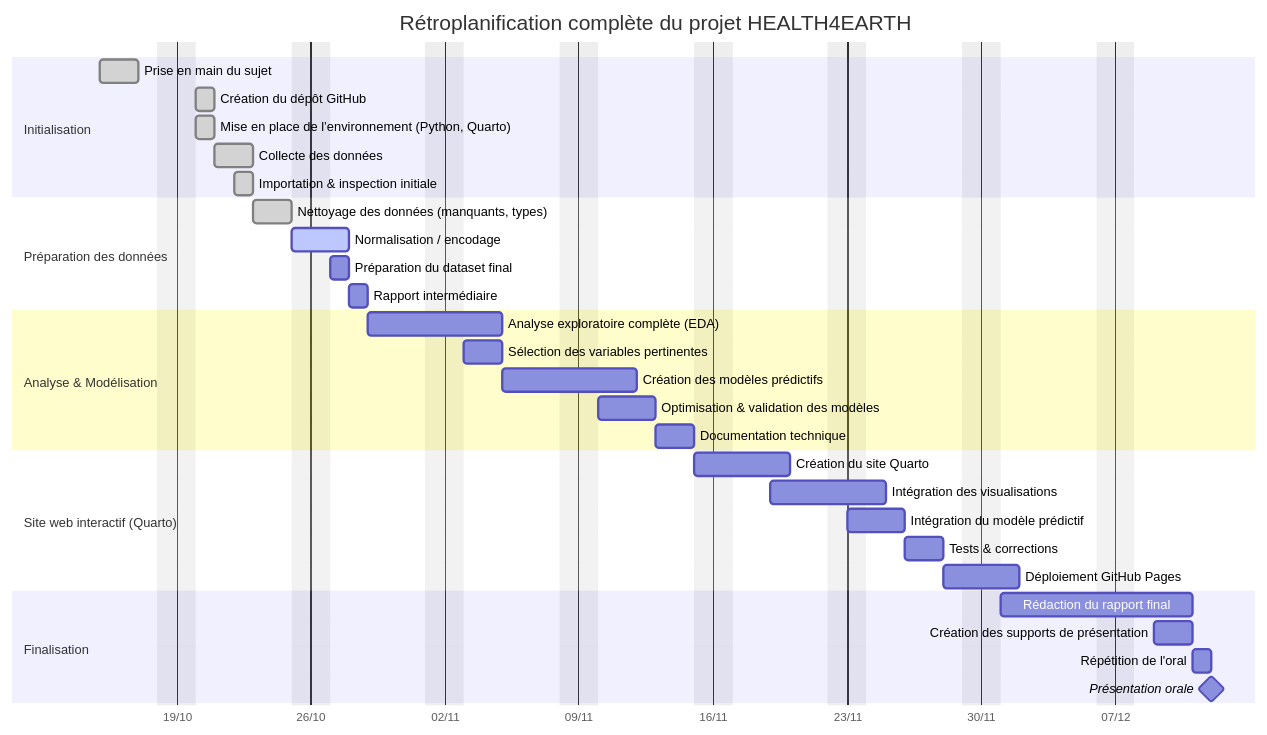
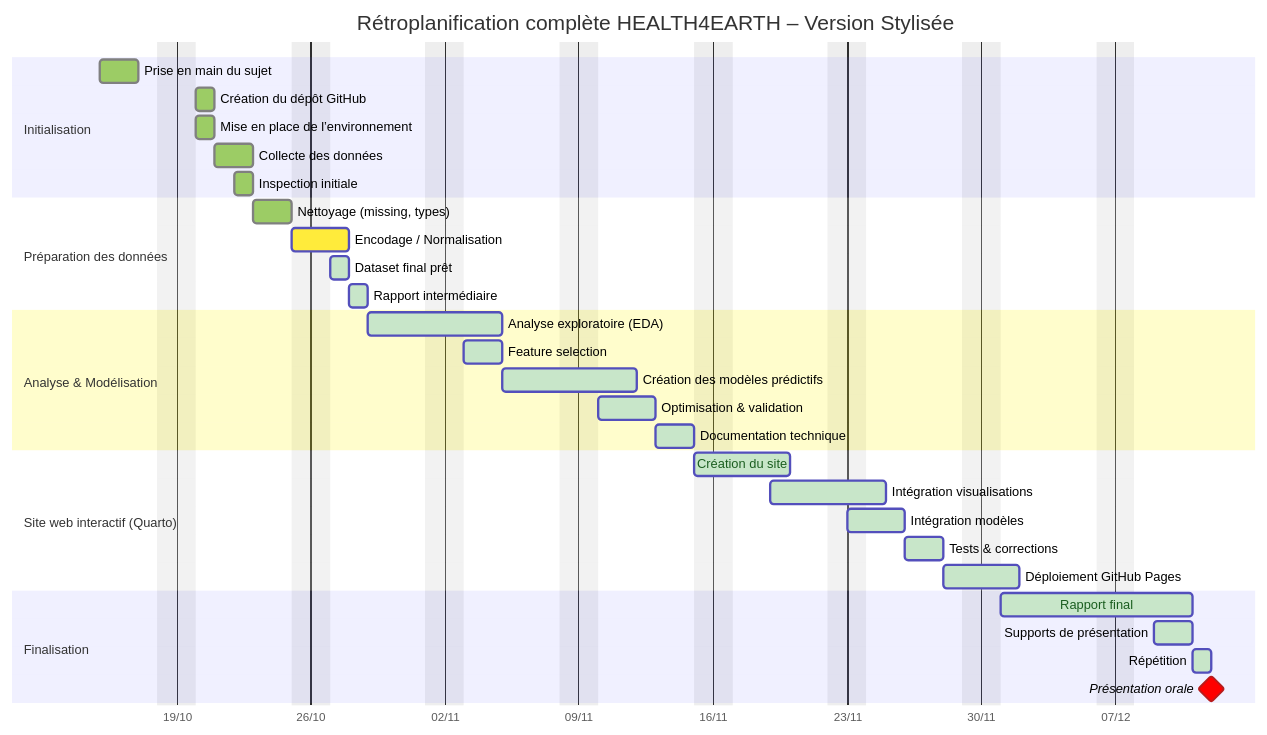
The diagram in docs/notes/gantt.md (Modestedvlr/Health4Earth), drawn with Mermaid before and after one commit.

Commit message:
Modif diagramme de gantt

````diff
--- a/docs/notes/gantt.md
+++ b/docs/notes/gantt.md
@@ -1,56 +1,78 @@
 ```mermaid
+%%{init: {
+    "theme": "default",
+    "themeVariables": {
+        "primaryColor": "#4CAF50",
+        "primaryBorderColor": "#2E7D32",
+        "primaryTextColor": "#fff",
+        "secondaryColor": "#81C784",
+        "secondaryTextColor": "#fff",
+        "tertiaryColor": "#A5D6A7",
+        "noteBkgColor": "#E8F5E9",
+        "noteTextColor": "#1B5E20",
+        "taskTextColor": "#1B5E20",
+        "taskBkgColor": "#C8E6C9",
+        "doneTaskBkgColor": "#9CCC65",
+        "doneTaskTextColor": "#1B5E20",
+        "activeTaskBkgColor": "#FFEB3B",
+        "activeTaskTextColor": "#000",
+        "critColor": "#E53935",
+        "critBorderColor": "#B71C1C"
+    }
+}}%%
+
 gantt
-    title Rétroplanification complète du projet HEALTH4EARTH
+    title Rétroplanification complète HEALTH4EARTH – Version Stylisée
     dateFormat  YYYY-MM-DD
     axisFormat  %d/%m
     todayMarker off
     excludes    weekends
 
     %% -----------------------------
     %% PHASE 1 — INITIALISATION
     %% -----------------------------
     section Initialisation
     Prise en main du sujet                    :done,    2025-10-15, 2d
     Création du dépôt GitHub                  :done,    2025-10-20, 1d
-    Mise en place de l’environnement (Python, Quarto) :done, 2025-10-20, 1d
+    Mise en place de l’environnement          :done,    2025-10-20, 1d
     Collecte des données                      :done,    2025-10-21, 2d
-    Importation & inspection initiale         :done,    2025-10-22, 1d
+    Inspection initiale                       :done,    2025-10-22, 1d
 
     %% -----------------------------
-    %% PHASE 2 — PRÉPARATION DES DONNÉES
+    %% PHASE 2 — PREP & CLEANING
     %% -----------------------------
     section Préparation des données
-    Nettoyage des données (manquants, types)  :done,    2025-10-23, 2d
-    Normalisation / encodage                  :active,  2025-10-25, 2d
-    Préparation du dataset final              :2025-10-27, 1d
+    Nettoyage (missing, types)                :done,    2025-10-23, 2d
+    Encodage / Normalisation                  :active,  2025-10-25, 2d
+    Dataset final prêt                        :2025-10-27, 1d
     Rapport intermédiaire                     :2025-10-28, 1d
 
     %% -----------------------------
-    %% PHASE 3 — ANALYSE & MODELISATION
+    %% PHASE 3 — ANALYSE & MODEL
     %% -----------------------------
     section Analyse & Modélisation
-    Analyse exploratoire complète (EDA)       :2025-10-29, 5d
-    Sélection des variables pertinentes        :2025-11-03, 2d
-    Création des modèles prédictifs            :2025-11-05, 5d
-    Optimisation & validation des modèles      :2025-11-10, 3d
-    Documentation technique                    :2025-11-13, 2d
+    Analyse exploratoire (EDA)                :2025-10-29, 5d
+    Feature selection                         :2025-11-03, 2d
+    Création des modèles prédictifs           :2025-11-05, 5d
+    Optimisation & validation                 :2025-11-10, 3d
+    Documentation technique                   :2025-11-13, 2d
 
     %% -----------------------------
-    %% PHASE 4 — SITE WEB INTERACTIF
+    %% PHASE 4 — SITE WEB
     %% -----------------------------
     section Site web interactif (Quarto)
-    Création du site Quarto                    :2025-11-15, 4d
-    Intégration des visualisations             :2025-11-19, 4d
-    Intégration du modèle prédictif            :2025-11-23, 3d
+    Création du site                          :2025-11-15, 4d
+    Intégration visualisations                :2025-11-19, 4d
+    Intégration modèles                       :2025-11-23, 3d
     Tests & corrections                        :2025-11-26, 2d
-    Déploiement GitHub Pages                   :2025-11-28, 2d
+    Déploiement GitHub Pages                  :2025-11-28, 2d
 
     %% -----------------------------
     %% PHASE 5 — FINALISATION
     %% -----------------------------
     section Finalisation
-    Rédaction du rapport final                 :2025-12-01, 8d
-    Création des supports de présentation       :2025-12-09, 2d
-    Répétition de l'oral                       :2025-12-11, 1d
-    Présentation orale                         :milestone, 2025-12-12, 0d
+    Rapport final                             :2025-12-01, 8d
+    Supports de présentation                  :2025-12-09, 2d
+    Répétition                                :2025-12-11, 1d
+    Présentation orale                        :milestone, crit, 2025-12-12, 0d
 ```
````
